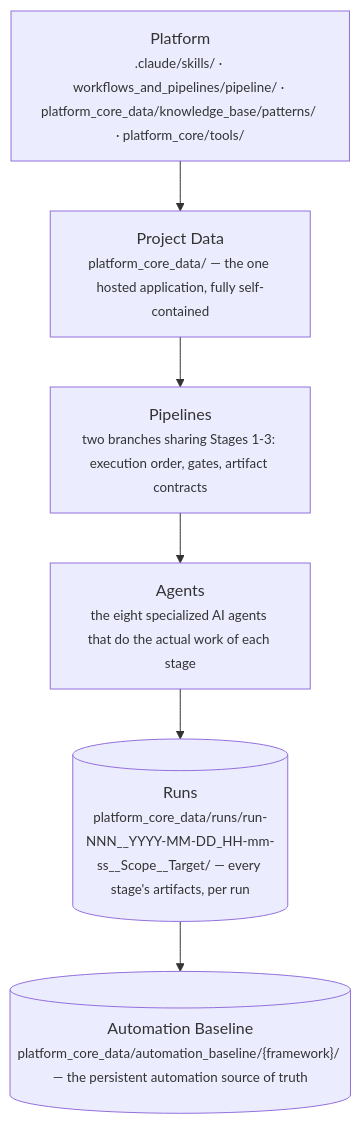
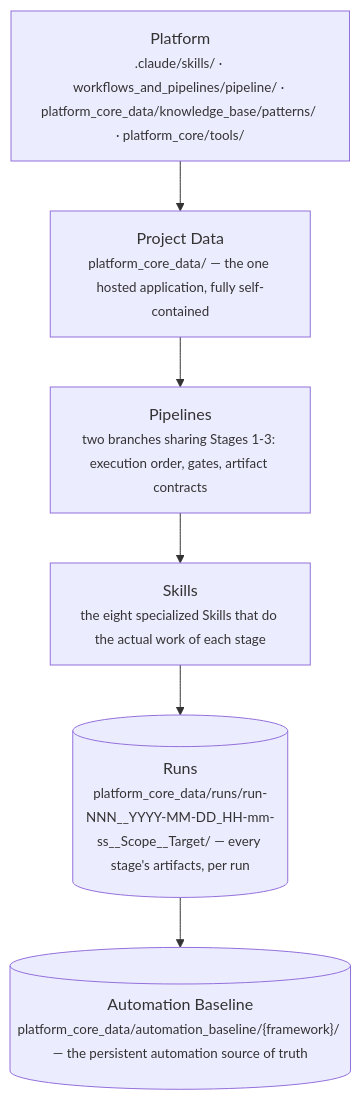
Before and after one commit to HusseinAtaHussein1/AISeatMap: the second of 10 diagrams in README.md, drawn with Mermaid. The commit also changed other lines of this file and 30 other files, not shown here.

First line of the commit message:
docs(platform): align architecture specs on the two-pipeline model, and specify the new capabilities

````diff
--- a/README.md
+++ b/README.md
@@ -239,11 +250,11 @@
 ```mermaid
 flowchart TD
     PLAT["Platform<br/><small>.claude/skills/ · workflows_and_pipelines/pipeline/ · platform_core_data/knowledge_base/patterns/ · platform_core/tools/</small>"]
     PROJ["Project Data<br/><small>platform_core_data/ — the one hosted application, fully self-contained</small>"]
     PIPE["Pipelines<br/><small>two branches sharing Stages 1-3: execution order, gates, artifact contracts</small>"]
-    AGENTS["Agents<br/><small>the eight specialized AI agents that do the actual work of each stage</small>"]
+    SKILLS["Skills<br/><small>the eight specialized Skills that do the actual work of each stage</small>"]
     RUNS[("Runs<br/><small>platform_core_data/runs/run-NNN__YYYY-MM-DD_HH-mm-ss__Scope__Target/ — every stage's artifacts, per run</small>")]
     BASE[("Automation Baseline<br/><small>platform_core_data/automation_baseline/{framework}/ — the persistent automation source of truth</small>")]
 
-    PLAT --> PROJ --> PIPE --> AGENTS --> RUNS --> BASE
+    PLAT --> PROJ --> PIPE --> SKILLS --> RUNS --> BASE
 ```
````
